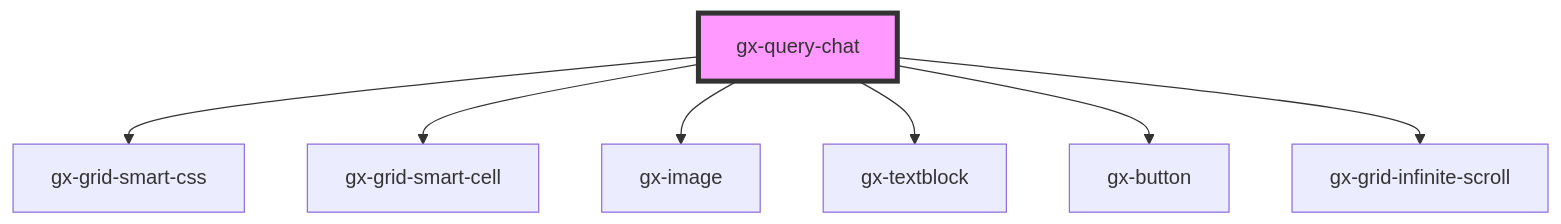
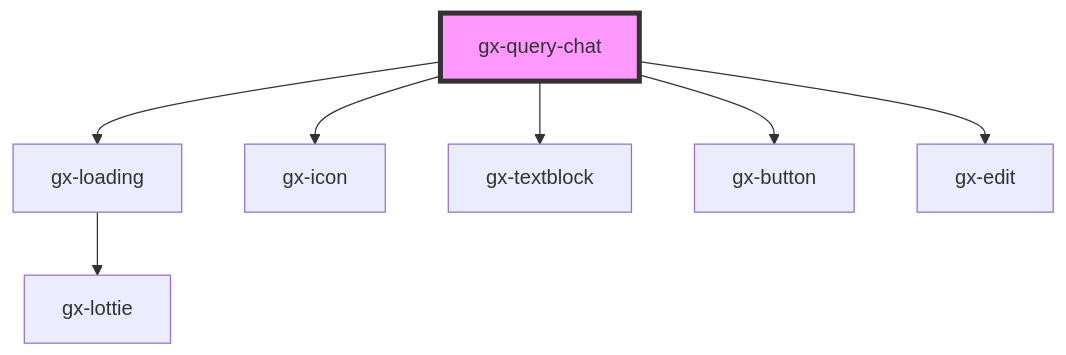
Before and after one commit to genexuslabs/reporting-controls-library: the diagram in src/components/gx-query/query-chat/readme.md, drawn with Mermaid. The commit also changed other lines of this file and 58 other files, not shown here.

````diff
--- a/src/components/gx-query/query-chat/readme.md
+++ b/src/components/gx-query/query-chat/readme.md
@@ -27,10 +56,10 @@
 ```mermaid
 graph TD;
-  gx-query-chat --> gx-grid-smart-css
-  gx-query-chat --> gx-grid-smart-cell
-  gx-query-chat --> gx-image
+  gx-query-chat --> gx-loading
+  gx-query-chat --> gx-icon
   gx-query-chat --> gx-textblock
   gx-query-chat --> gx-button
-  gx-query-chat --> gx-grid-infinite-scroll
+  gx-query-chat --> gx-edit
+  gx-loading --> gx-lottie
   style gx-query-chat fill:#f9f,stroke:#333,stroke-width:4px
 ```
````
